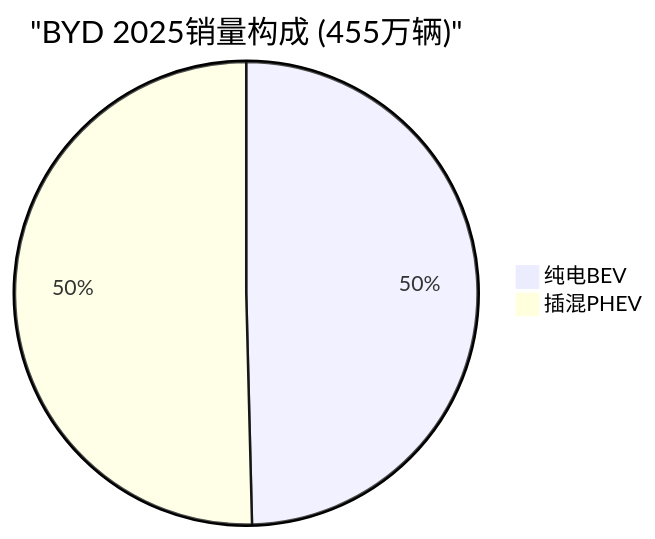
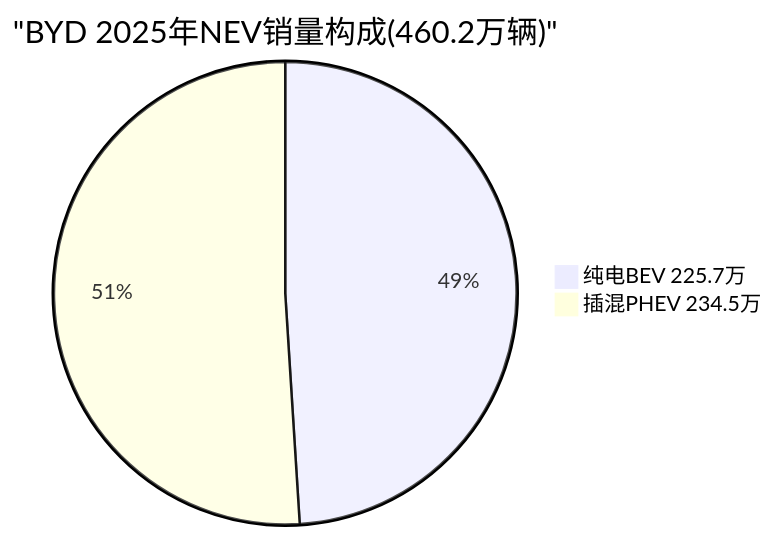
One commit to miltonnewyork25-afk/investment-master changed the fifth of 14 diagrams in reports/TSLA/staging/moduleC_competition.md. Above: the diagram before and after it, drawn with Mermaid. The commit also changed other lines of this file and 6 other files, not shown here.

````diff
--- a/reports/TSLA/staging/moduleC_competition.md
+++ b/reports/TSLA/staging/moduleC_competition.md
@@ -75,5 +156,5 @@
 ```mermaid
-pie title "BYD 2025销量构成 (455万辆)"
-    "纯电BEV" : 49.6
-    "插混PHEV" : 50.4
+pie title "BYD 2025年NEV销量构成(460.2万辆)"
+    "纯电BEV 225.7万" : 49.0
+    "插混PHEV 234.5万" : 51.0
 ```
````
